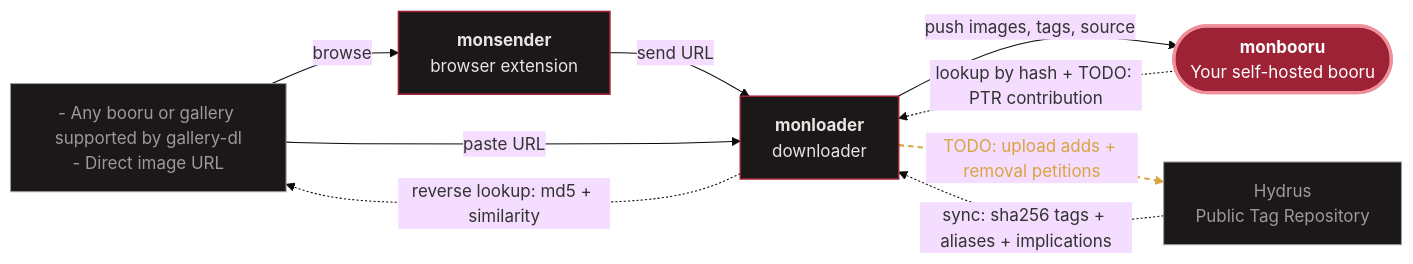
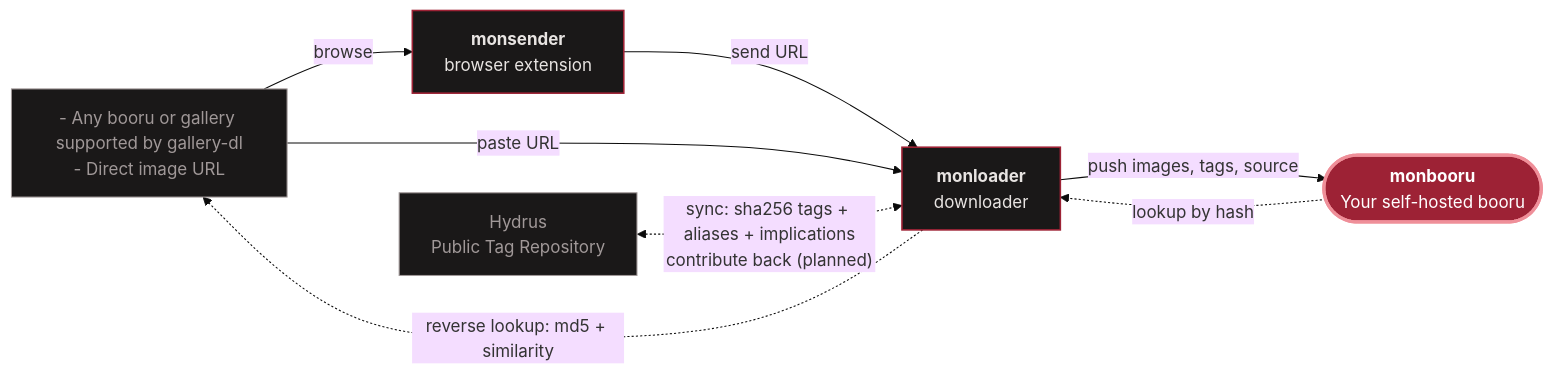
The diagram in README.md (QiE2035/monbooru), drawn with Mermaid (base theme) before and after one commit. The commit also changed other lines of this file and 36 other files, not shown here.

````diff
--- a/README.md
+++ b/README.md
@@ -54,29 +54,25 @@
 ```mermaid
 flowchart LR
     web["- Any booru or gallery supported by gallery-dl<br/>- Direct image URL"]
     ptr["Hydrus<br/>Public Tag Repository"]
     sender["<b>monsender</b><br/>browser extension"]
     loader["<b>monloader</b><br/>downloader"]
     booru(["<b>monbooru</b><br/>Your self-hosted booru"])
 
     web -->|browse| sender
     sender -->|send URL| loader
     web -->|paste URL| loader
     loader -->|push images, tags, source| booru
 
-    booru -.->|lookup by hash + TODO: PTR contribution| loader
+    booru -.->|lookup by hash| loader
     loader -.->|reverse lookup: md5 + similarity| web
-    ptr -.->|sync: sha256 tags + aliases + implications| loader
-
-    loader -.->|TODO: upload adds + removal petitions| ptr
-
-    linkStyle 7 stroke:#d9a441,color:#d9a441,stroke-width:2px,stroke-dasharray:5 4;
+    ptr <-.->|"sync: sha256 tags + aliases + implications<br/>contribute back (planned)"| loader
 
     classDef hub  fill:#9d2235,stroke:#ef8f99,stroke-width:3px,color:#ffffff;
     classDef tool fill:#1a1818,stroke:#9d2235,stroke-width:1.5px,color:#e8e4e2;
     classDef src  fill:#1a1818,stroke:#a09898,stroke-width:1px,color:#a09898;
 
     class booru hub;
     class sender,loader tool;
     class web,ptr src;
 ```
````
